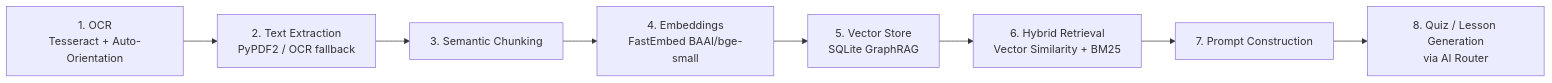
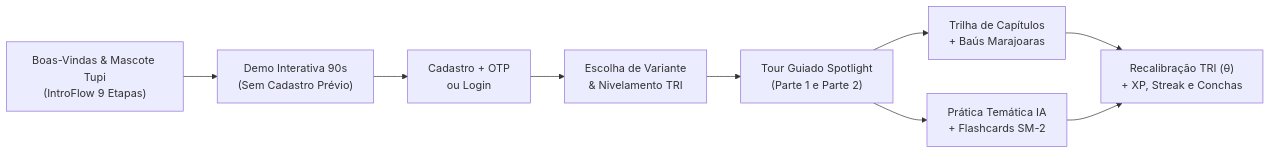
Before and after one commit to felipeamlozano-ui/TupiLingo-Project: the third of 4 diagrams in README.md, drawn with Mermaid. The commit also changed other lines of this file, not shown here.

Commit message:
docs(readme): complete architectural diagnostic and update README to reflect current production codebase

````diff
--- a/README.md
+++ b/README.md
@@ -316,10 +417,11 @@
 ```mermaid
 flowchart LR
-    A["1. OCR\nTesseract + Auto-Orientation"] --> B["2. Text Extraction\nPyPDF2 / OCR fallback"]
-    B --> C["3. Semantic Chunking"]
-    C --> D["4. Embeddings\nFastEmbed BAAI/bge-small"]
-    D --> E["5. Vector Store\nSQLite GraphRAG"]
-    E --> F["6. Hybrid Retrieval\nVector Similarity + BM25"]
-    F --> G["7. Prompt Construction"]
-    G --> H["8. Quiz / Lesson Generation\nvia AI Router"]
+    A["Boas-Vindas & Mascote Tupi\n(IntroFlow 9 Etapas)"] --> B["Demo Interativa 90s\n(Sem Cadastro Prévio)"]
+    B --> C["Cadastro + OTP\nou Login"]
+    C --> D["Escolha de Variante\n& Nivelamento TRI"]
+    D --> E["Tour Guiado Spotlight\n(Parte 1 e Parte 2)"]
+    E --> F["Trilha de Capítulos\n+ Baús Marajoaras"]
+    E --> G["Prática Temática IA\n+ Flashcards SM-2"]
+    F --> H["Recalibração TRI (θ)\n+ XP, Streak e Conchas"]
+    G --> H
 ```
````
